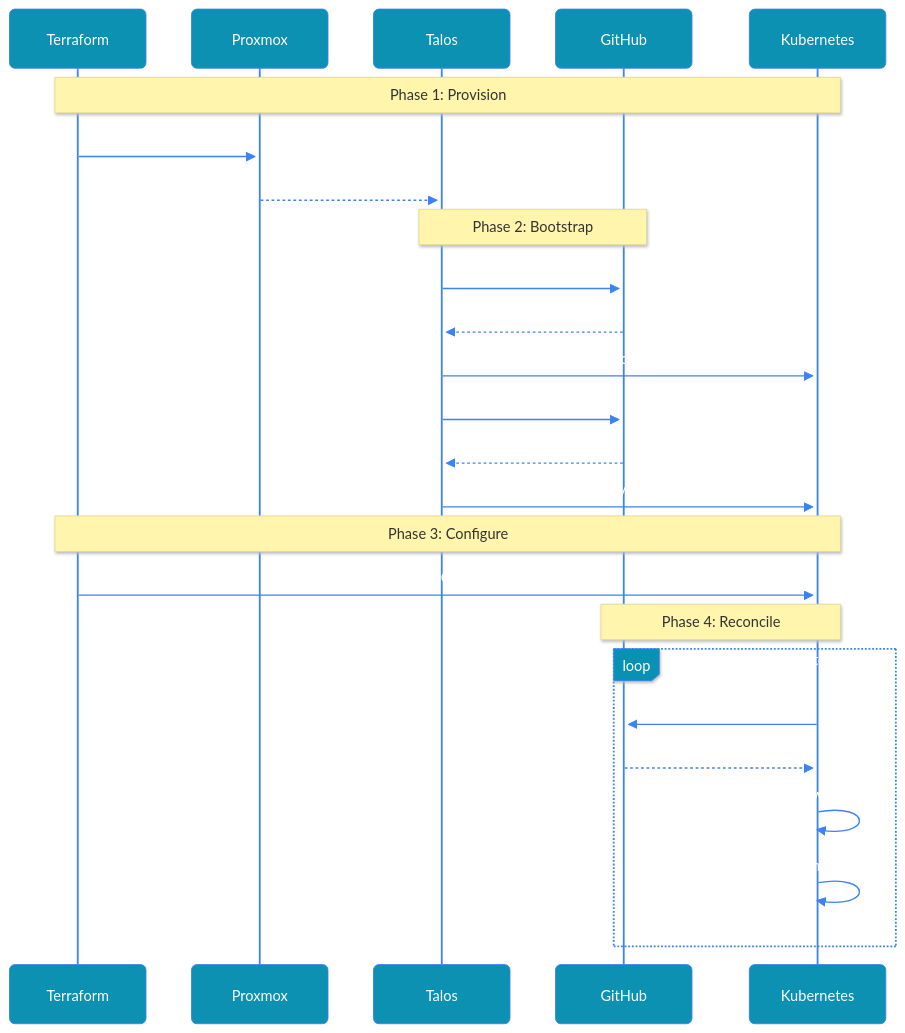
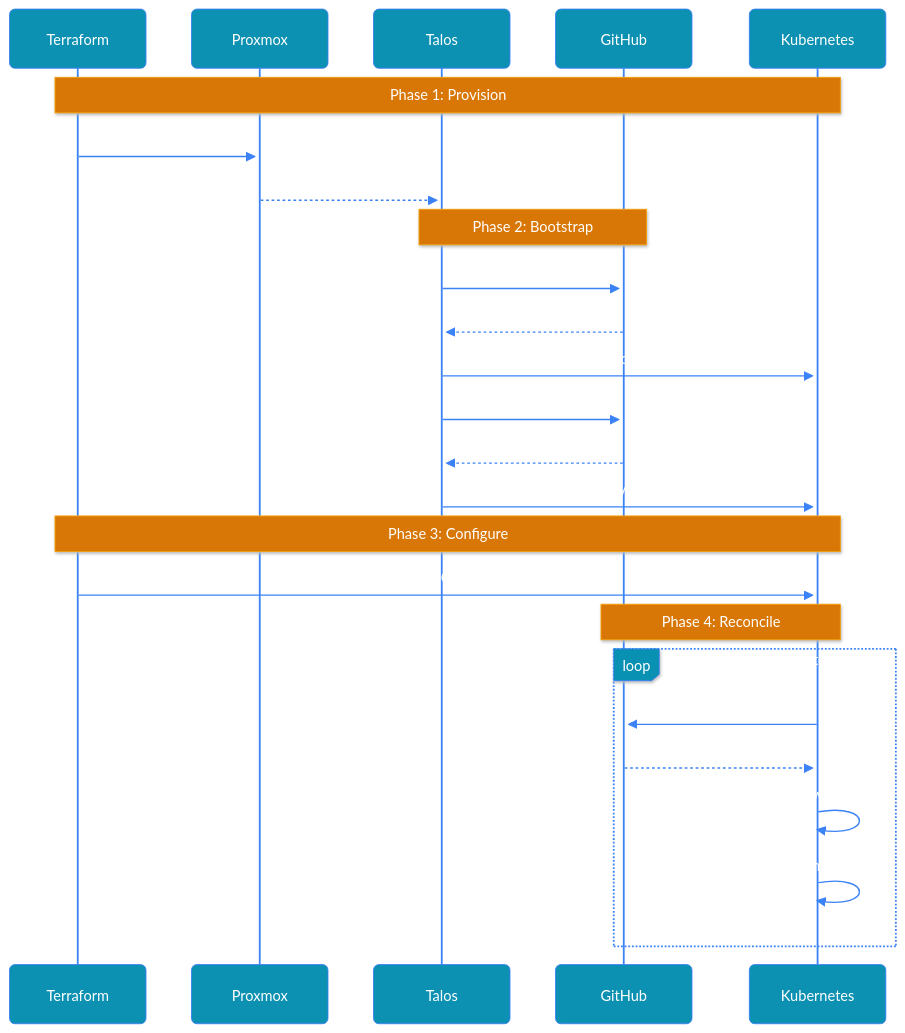
Before and after one commit to syscode-labs/oci-free-tier-manager: the ninth of 18 diagrams in docs/ARCHITECTURE-DIAGRAMS.md, drawn with Mermaid. The commit also changed 1 other file, not shown here.

Commit message:
fix: add sequence diagram note and loop colors
Fix unreadable black text on dark boxes in sequence diagram.

Added theme variables:

- noteBkgColor: #d97706 (amber) with white text

- loopTextColor: #ffffff (white)

- activationBkgColor: #2563eb (blue) for activation boxes

- sequenceNumberColor: #ffffff (white)

Fixes Bootstrap Sequence diagram readability on dark backgrounds.

````diff
--- a/docs/ARCHITECTURE-DIAGRAMS.md
+++ b/docs/ARCHITECTURE-DIAGRAMS.md
@@ -556,71 +556,78 @@
 ```mermaid
 ---
 config:
   look: neo
   theme: base
   themeVariables:
     primaryColor: "#0891b2"
     primaryTextColor: "#ffffff"
     primaryBorderColor: "#06b6d4"
     secondaryColor: "#7c3aed"
     tertiaryColor: "#d97706"
     background: "transparent"
     mainBkg: "transparent"
     secondBkg: "transparent"
     lineColor: "#3b82f6"
     border1: "#3b82f6"
     border2: "#3b82f6"
     arrowheadColor: "#3b82f6"
     fontFamily: "arial"
     fontSize: "14px"
     labelBackground: "transparent"
     textColor: "#94a3b8"
     nodeBorder: "#3b82f6"
     clusterBkg: "transparent"
     clusterBorder: "#3b82f6"
     edgeLabelBackground: "transparent"
     actorBorder: "#3b82f6"
     actorBkg: "#0891b2"
     actorTextColor: "#ffffff"
     actorLineColor: "#3b82f6"
     signalColor: "#3b82f6"
     signalTextColor: "#ffffff"
     labelBoxBkgColor: "#0891b2"
     labelBoxBorderColor: "#3b82f6"
     labelTextColor: "#ffffff"
+    noteBkgColor: "#d97706"
+    noteTextColor: "#ffffff"
+    noteBorderColor: "#f59e0b"
+    loopTextColor: "#ffffff"
+    activationBkgColor: "#2563eb"
+    activationBorderColor: "#3b82f6"
+    sequenceNumberColor: "#ffffff"
   flowchart:
     useMaxWidth: true
     htmlLabels: true
     curve: basis
 ---
 sequenceDiagram
     participant TF as Terraform
     participant PVE as Proxmox
     participant T as Talos
     participant GH as GitHub
     participant K8s as Kubernetes
     
     Note over TF,K8s: Phase 1: Provision
     TF->>PVE: Create 3 VMs
     PVE-->>T: Boot Talos
     
     Note over T,GH: Phase 2: Bootstrap
     T->>GH: Fetch Cilium
     GH-->>T: cilium.yaml
     T->>K8s: Deploy CNI
     
     T->>GH: Fetch Flux
     GH-->>T: install.yaml
     T->>K8s: Deploy GitOps
     
     Note over TF,K8s: Phase 3: Configure
     TF->>K8s: Inject SOPS Key
     
     Note over K8s,GH: Phase 4: Reconcile
     loop Every 1 minute
         K8s->>GH: Poll for changes
         GH-->>K8s: Encrypted manifests
         K8s->>K8s: Decrypt with SOPS
         K8s->>K8s: Apply manifests
     end
 ```
````
